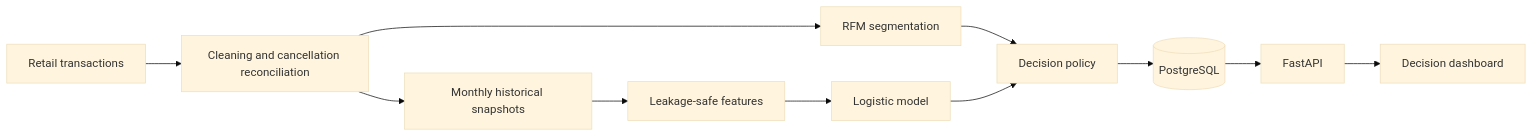
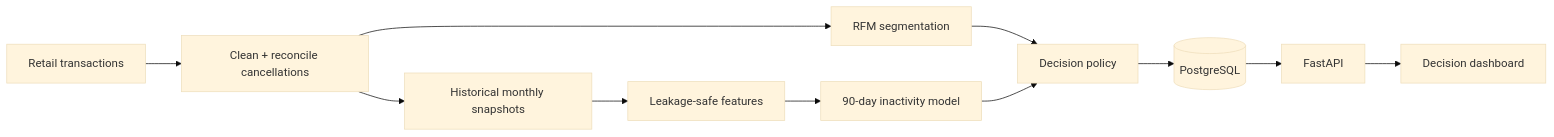
Before and after one commit to danyyen/customer_intelligence_system: the first of 2 diagrams in README.md, drawn with Mermaid (base theme). The commit also changed other lines of this file, not shown here.

````diff
--- a/README.md
+++ b/README.md
@@ -51,13 +40,13 @@
 ```mermaid
 flowchart LR
-    A[Retail transactions] --> B[Cleaning and cancellation reconciliation]
+    A[Retail transactions] --> B[Clean + reconcile cancellations]
     B --> C[RFM segmentation]
-    B --> D[Monthly historical snapshots]
+    B --> D[Historical monthly snapshots]
     D --> E[Leakage-safe features]
-    E --> F[Logistic model]
+    E --> F[90-day inactivity model]
     C --> G[Decision policy]
     F --> G
     G --> H[(PostgreSQL)]
     H --> I[FastAPI]
     I --> J[Decision dashboard]
 ```
````
